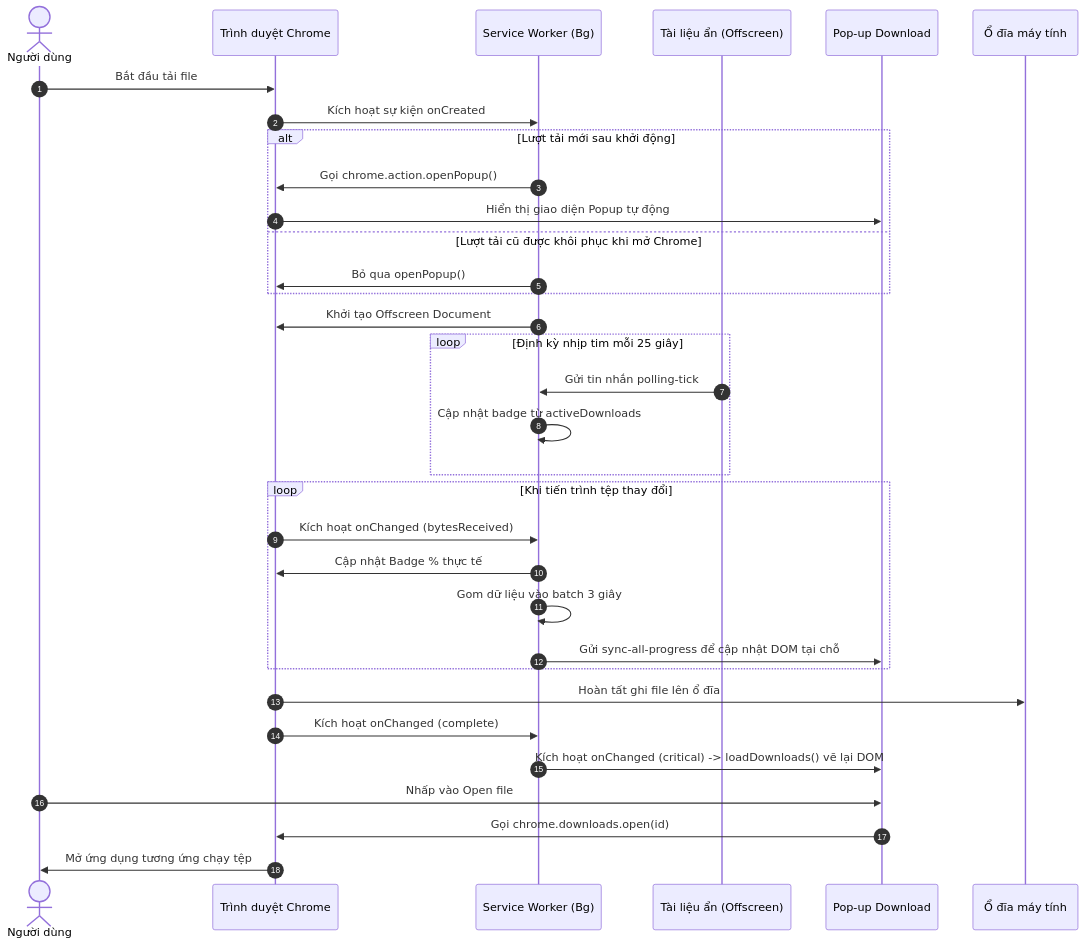
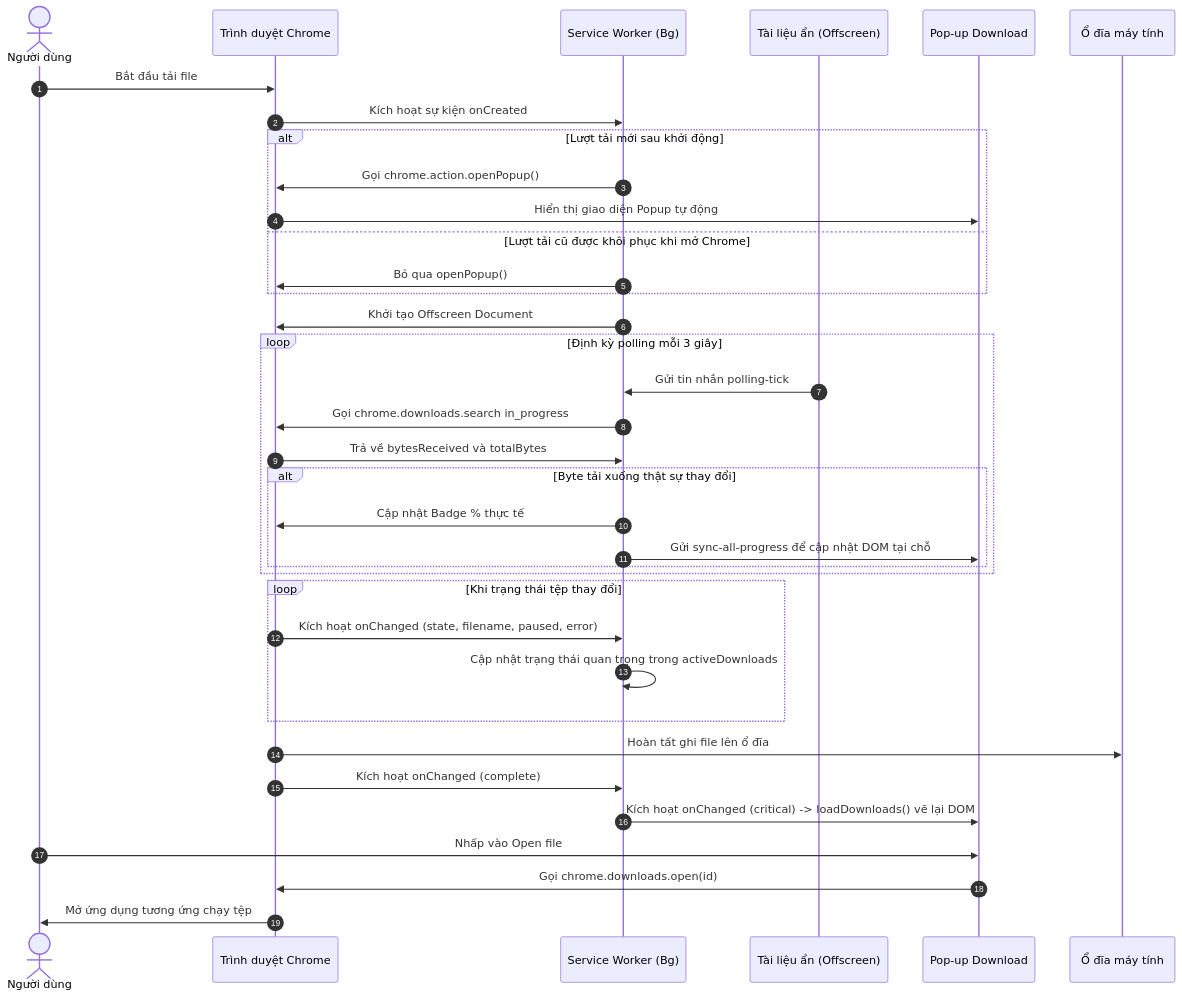
Before and after one commit to CodeingOver/CustomeDownLoad-HistoryExtensionForChrome: the second of 2 diagrams in docs/architecture.md, drawn with Mermaid. The commit also changed other lines of this file and 5 other files, not shown here.

Commit message:
feat: implement progress polling for active downloads and update manifest to version 1.2.21

````diff
--- a/docs/architecture.md
+++ b/docs/architecture.md
@@ -151,36 +151,39 @@
 ```mermaid
 sequenceDiagram
     autonumber
     actor User as Người dùng
     participant Chrome as Trình duyệt Chrome
     participant SW as Service Worker (Bg)
     participant Offscreen as Tài liệu ẩn (Offscreen)
     participant Pop as Pop-up Download
     participant Disk as Ổ đĩa máy tính
 
     User->>Chrome: Bắt đầu tải file
     Chrome->>SW: Kích hoạt sự kiện onCreated
     alt Lượt tải mới sau khởi động
         SW->>Chrome: Gọi chrome.action.openPopup()
         Chrome->>Pop: Hiển thị giao diện Popup tự động
     else Lượt tải cũ được khôi phục khi mở Chrome
         SW->>Chrome: Bỏ qua openPopup()
     end
     SW->>Chrome: Khởi tạo Offscreen Document
-    loop Định kỳ nhịp tim mỗi 25 giây
+    loop Định kỳ polling mỗi 3 giây
         Offscreen->>SW: Gửi tin nhắn polling-tick
-        SW->>SW: Cập nhật badge từ activeDownloads
+        SW->>Chrome: Gọi chrome.downloads.search in_progress
+        Chrome->>SW: Trả về bytesReceived và totalBytes
+        alt Byte tải xuống thật sự thay đổi
+            SW->>Chrome: Cập nhật Badge % thực tế
+            SW->>Pop: Gửi sync-all-progress để cập nhật DOM tại chỗ
+        end
     end
-    loop Khi tiến trình tệp thay đổi
-        Chrome->>SW: Kích hoạt onChanged (bytesReceived)
-        SW->>Chrome: Cập nhật Badge % thực tế
-        SW->>SW: Gom dữ liệu vào batch 3 giây
-        SW->>Pop: Gửi sync-all-progress để cập nhật DOM tại chỗ
+    loop Khi trạng thái tệp thay đổi
+        Chrome->>SW: Kích hoạt onChanged (state, filename, paused, error)
+        SW->>SW: Cập nhật trạng thái quan trọng trong activeDownloads
     end
     Chrome->>Disk: Hoàn tất ghi file lên ổ đĩa
     Chrome->>SW: Kích hoạt onChanged (complete)
     SW->>Pop: Kích hoạt onChanged (critical) -> loadDownloads() vẽ lại DOM
     User->>Pop: Nhấp vào Open file
     Pop->>Chrome: Gọi chrome.downloads.open(id)
     Chrome->>User: Mở ứng dụng tương ứng chạy tệp
 ```
````
